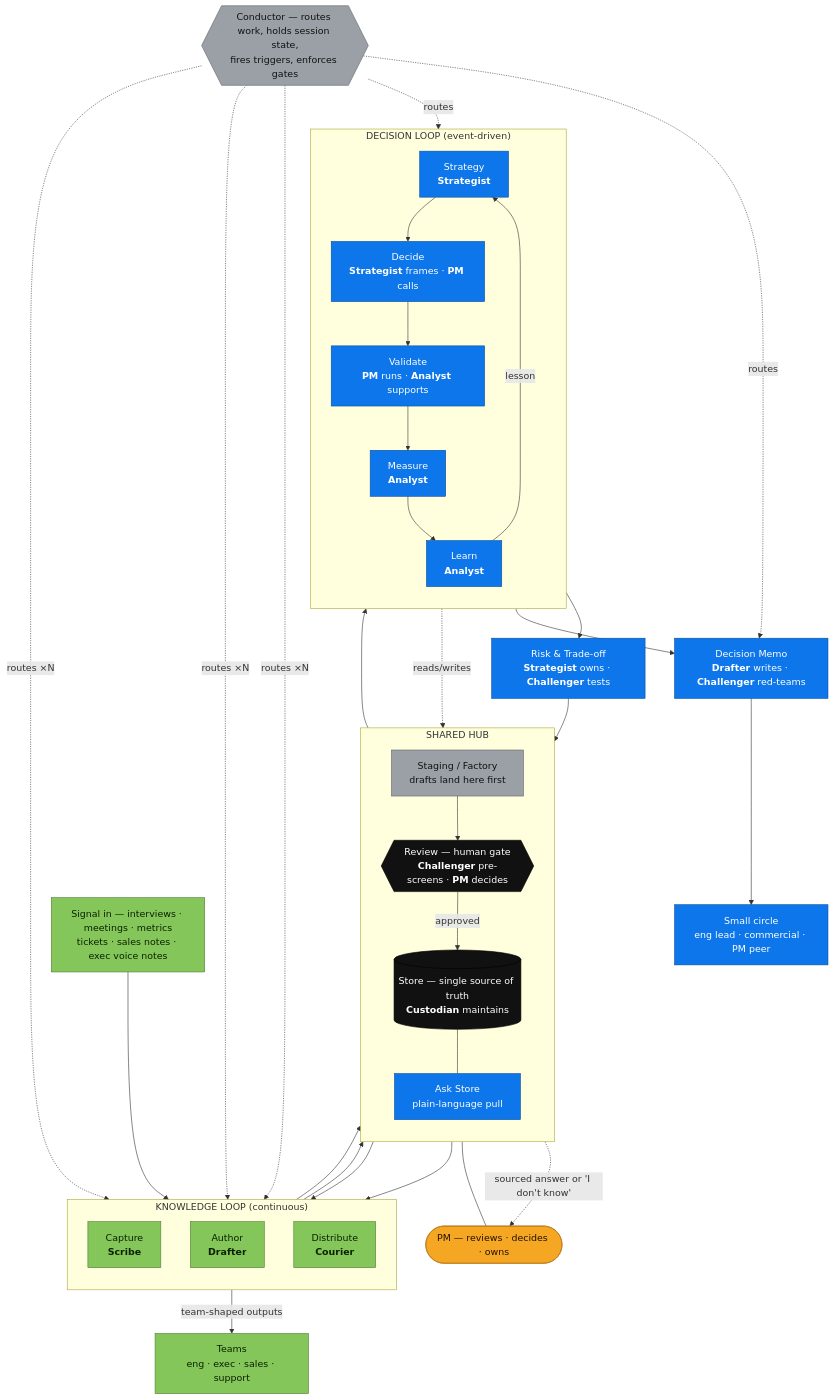
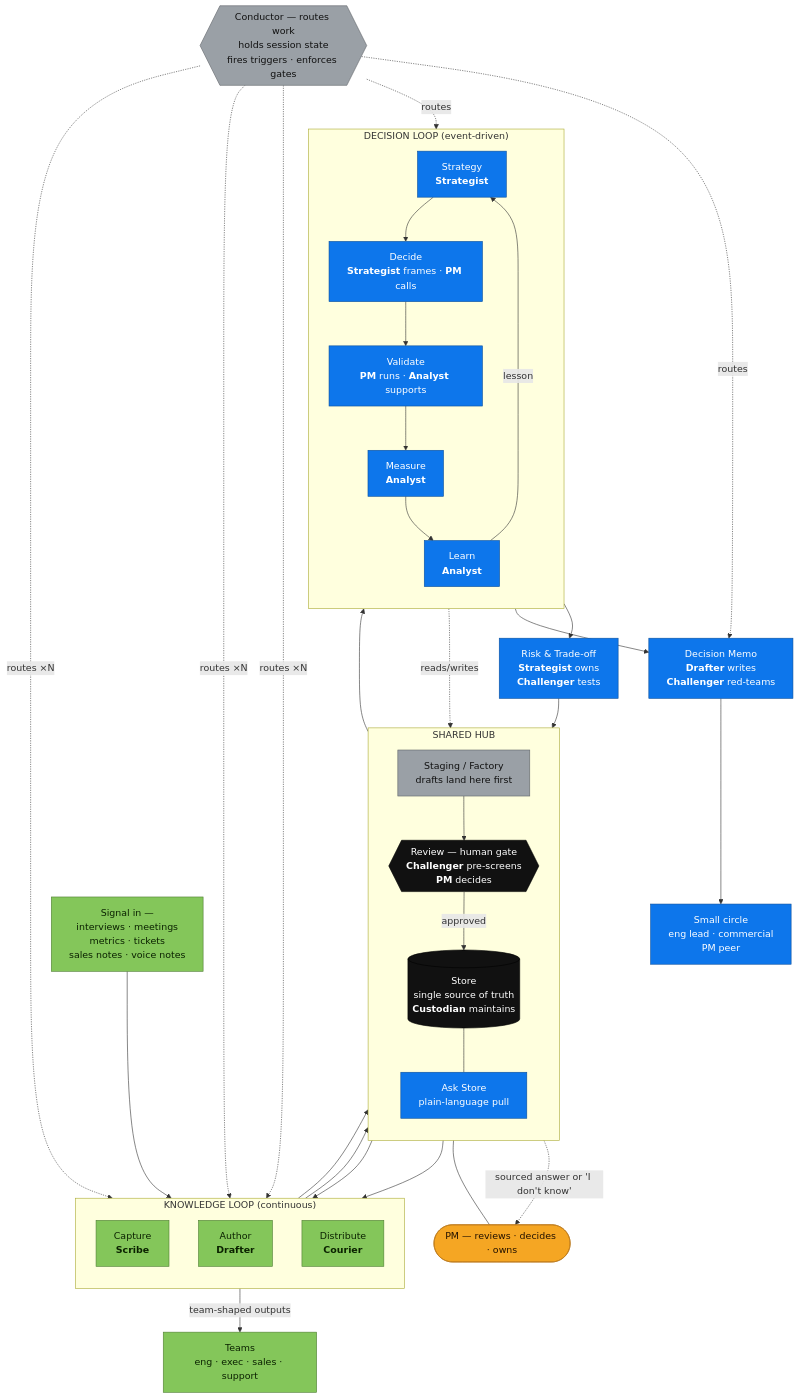
The second of 9 diagrams in README.md (jesscancode/ai-product-framework), drawn with Mermaid before and after one commit. The commit also changed other lines of this file, not shown here.

````diff
--- a/README.md
+++ b/README.md
@@ -95,71 +100,71 @@
 ```mermaid
 flowchart TB
-    SRC["Signal in — interviews · meetings · metrics<br/>tickets · sales notes · exec voice notes"]:::green
+    SRC["Signal in —<br/>interviews · meetings<br/>metrics · tickets<br/>sales notes · voice notes"]:::green
 
     %% ---------- KNOWLEDGE LOOP ----------
     subgraph KL["KNOWLEDGE LOOP  (continuous)"]
         direction TB
         CAP["Capture<br/><b>Scribe</b>"]:::green
         AUTH["Author<br/><b>Drafter</b>"]:::green
         DIST["Distribute<br/><b>Courier</b>"]:::green
     end
 
     %% ---------- SHARED HUB ----------
     subgraph HUB["SHARED HUB"]
         direction TB
         STAGE["Staging / Factory<br/>drafts land here first"]:::infra
-        STORE[("Store — single source of truth<br/><b>Custodian</b> maintains")]:::hub
-        REVIEW{{"Review — human gate<br/><b>Challenger</b> pre-screens · <b>PM</b> decides"}}:::hub
+        STORE[("Store<br/>single source of truth<br/><b>Custodian</b> maintains")]:::hub
+        REVIEW{{"Review — human gate<br/><b>Challenger</b> pre-screens<br/><b>PM</b> decides"}}:::hub
         ASK["Ask Store<br/>plain-language pull"]:::blue
     end
 
     %% ---------- DECISION LOOP ----------
     subgraph DL["DECISION LOOP  (event-driven)"]
         direction TB
         STRAT["Strategy<br/><b>Strategist</b>"]:::blue
         DECIDE["Decide<br/><b>Strategist</b> frames · <b>PM</b> calls"]:::blue
         VALID["Validate<br/><b>PM</b> runs · <b>Analyst</b> supports"]:::blue
         MEAS["Measure<br/><b>Analyst</b>"]:::blue
         LEARN["Learn<br/><b>Analyst</b>"]:::blue
     end
 
     %% ---------- SATELLITES ----------
-    MEMO["Decision Memo<br/><b>Drafter</b> writes · <b>Challenger</b> red-teams"]:::blue
-    RISK["Risk & Trade-off<br/><b>Strategist</b> owns · <b>Challenger</b> tests"]:::blue
+    MEMO["Decision Memo<br/><b>Drafter</b> writes<br/><b>Challenger</b> red-teams"]:::blue
+    RISK["Risk & Trade-off<br/><b>Strategist</b> owns<br/><b>Challenger</b> tests"]:::blue
 
     PM(["PM — reviews · decides · owns"]):::human
-    COND{{"Conductor — routes work, holds session state,<br/>fires triggers, enforces gates"}}:::infra
+    COND{{"Conductor — routes work<br/>holds session state<br/>fires triggers · enforces gates"}}:::infra
 
     %% Knowledge flow (draft -> staging -> gate -> store)
     SRC --> CAP --> STORE
     STORE --> AUTH --> STAGE --> REVIEW
     REVIEW -->|approved| STORE
     STORE --> DIST -->|team-shaped outputs| TEAMS["Teams<br/>eng · exec · sales · support"]:::green
 
     %% Decision flow
     STORE --> STRAT --> DECIDE --> VALID --> MEAS --> LEARN
     LEARN -->|lesson| STRAT
     DECIDE -. reads/writes .-> STORE
 
     %% Satellites
     DECIDE --> RISK --> REVIEW
-    VALID --> MEMO --> SMALL["Small circle<br/>eng lead · commercial · PM peer"]:::blue
+    VALID --> MEMO --> SMALL["Small circle<br/>eng lead · commercial<br/>PM peer"]:::blue
 
     %% Pull routes
     STORE --- ASK
     ASK -.->|sourced answer or 'I don't know'| PM
     REVIEW --- PM
 
     %% Conductor orchestrates (dashed = control, not content)
     COND -.->|routes ×N| CAP
     COND -.->|routes ×N| AUTH
     COND -.->|routes ×N| DIST
     COND -.->|routes| STRAT
     COND -.->|routes| MEMO
 
     classDef green fill:#84c65a,stroke:#4f7d33,color:#0b2200;
     classDef blue fill:#0d76eb,stroke:#0a4f9c,color:#ffffff;
     classDef hub fill:#111111,stroke:#000000,color:#ffffff;
     classDef infra fill:#9aa0a6,stroke:#5f6368,color:#111111;
     classDef human fill:#f5a623,stroke:#b9781a,color:#241300;
 ```
````
